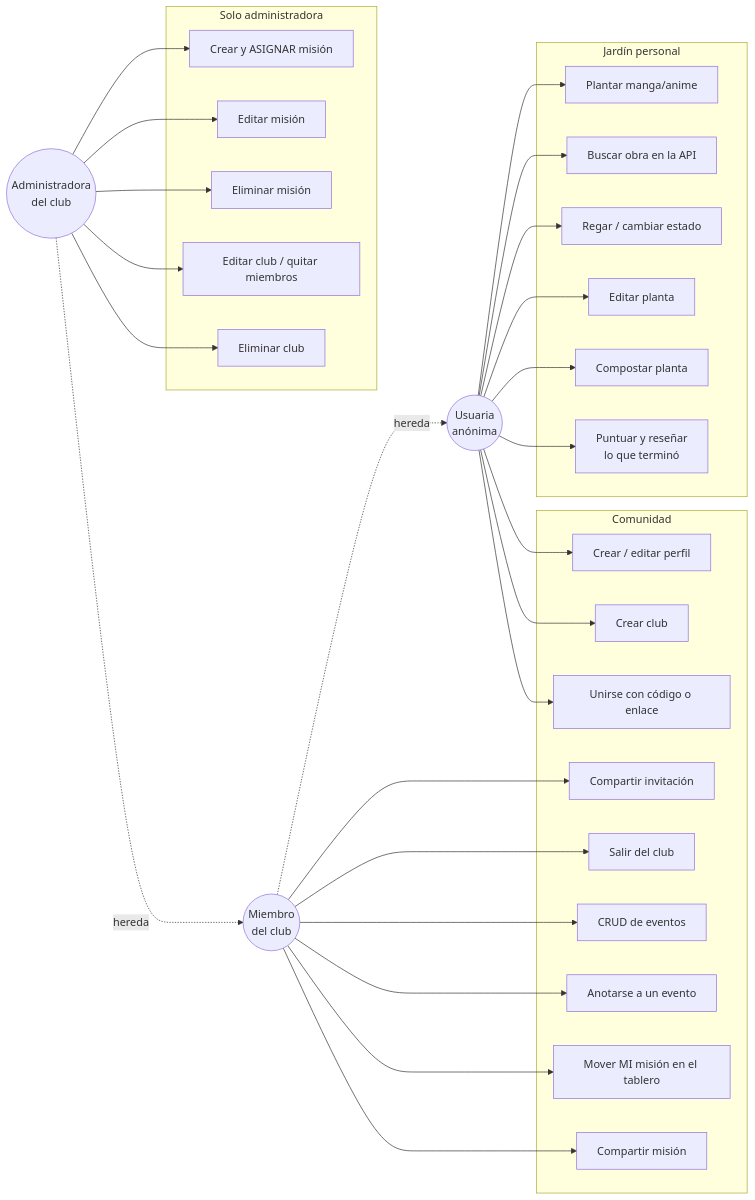
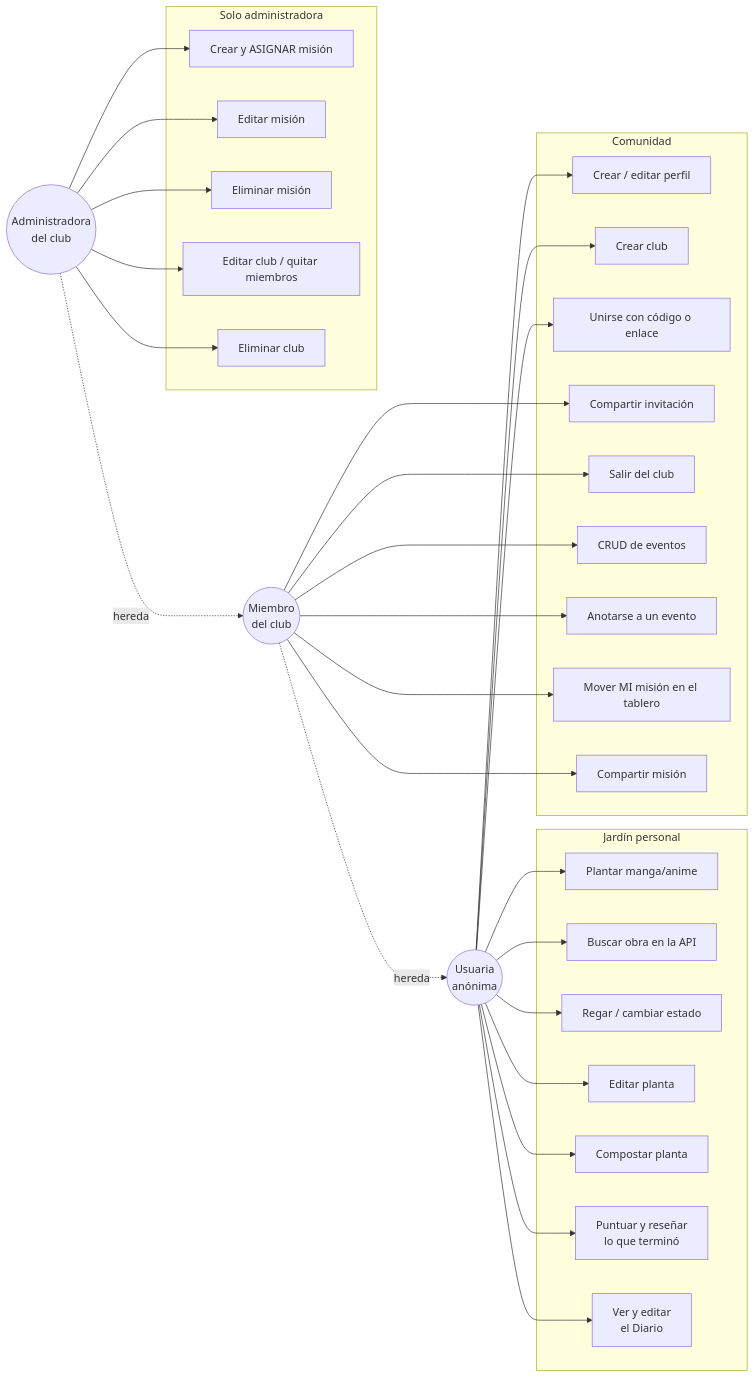
One commit to serenaretrive02/jardin-de-manga changed the first of 2 diagrams in docs/especificacion.md. Above: the diagram before and after it, drawn with Mermaid. The commit also changed other lines of this file and 30 other files, not shown here.

````diff
--- a/docs/especificacion.md
+++ b/docs/especificacion.md
@@ -22,41 +22,42 @@
 ```mermaid
 flowchart LR
     U((Usuaria<br/>anónima))
     M((Miembro<br/>del club))
     A((Administradora<br/>del club))
 
     subgraph Jardín personal
       J1[Plantar manga/anime]
       J2[Buscar obra en la API]
       J3[Regar / cambiar estado]
       J4[Editar planta]
       J5[Compostar planta]
       J6[Puntuar y reseñar<br/>lo que terminó]
+      J7[Ver y editar<br/>el Diario]
     end
 
     subgraph Comunidad
       C1[Crear / editar perfil]
       C2[Crear club]
       C3[Unirse con código o enlace]
       C4[Compartir invitación]
       C5[Salir del club]
       E1[CRUD de eventos]
       E2[Anotarse a un evento]
       T1[Mover MI misión en el tablero]
       T2[Compartir misión]
     end
 
     subgraph Solo administradora
       T3[Crear y ASIGNAR misión]
       T4[Editar misión]
       T5[Eliminar misión]
       G1[Editar club / quitar miembros]
       G2[Eliminar club]
     end
 
-    U --> J1 & J2 & J3 & J4 & J5 & J6 & C1 & C2 & C3
+    U --> J1 & J2 & J3 & J4 & J5 & J6 & J7 & C1 & C2 & C3
     M --> C4 & C5 & E1 & E2 & T1 & T2
     A --> T3 & T4 & T5 & G1 & G2
     M -. hereda .-> U
     A -. hereda .-> M
 ```
````
